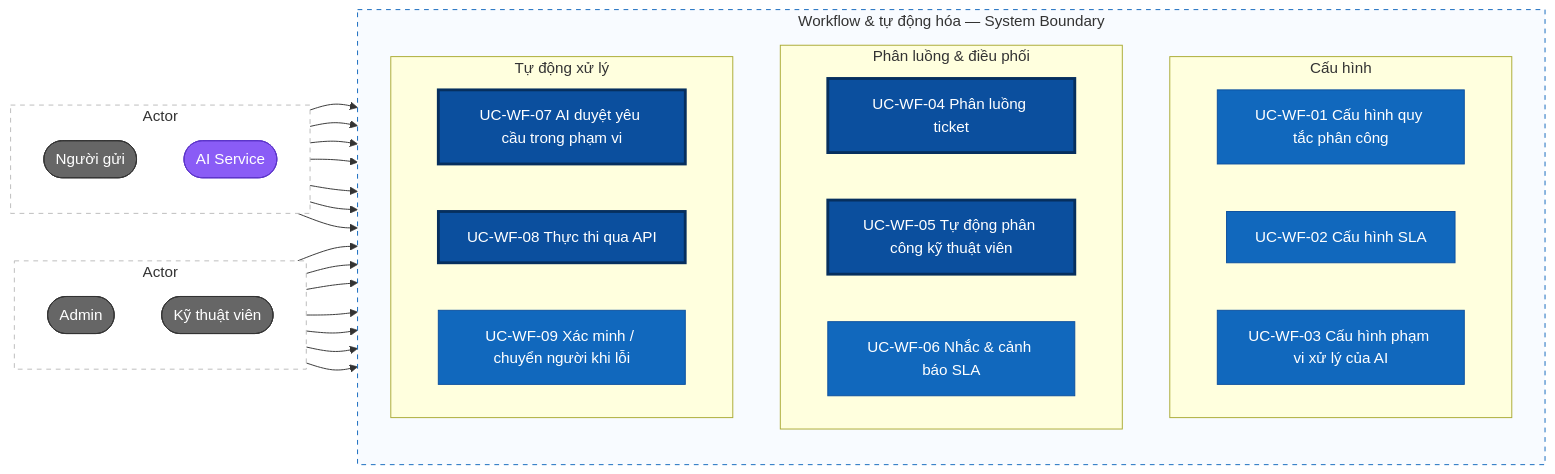
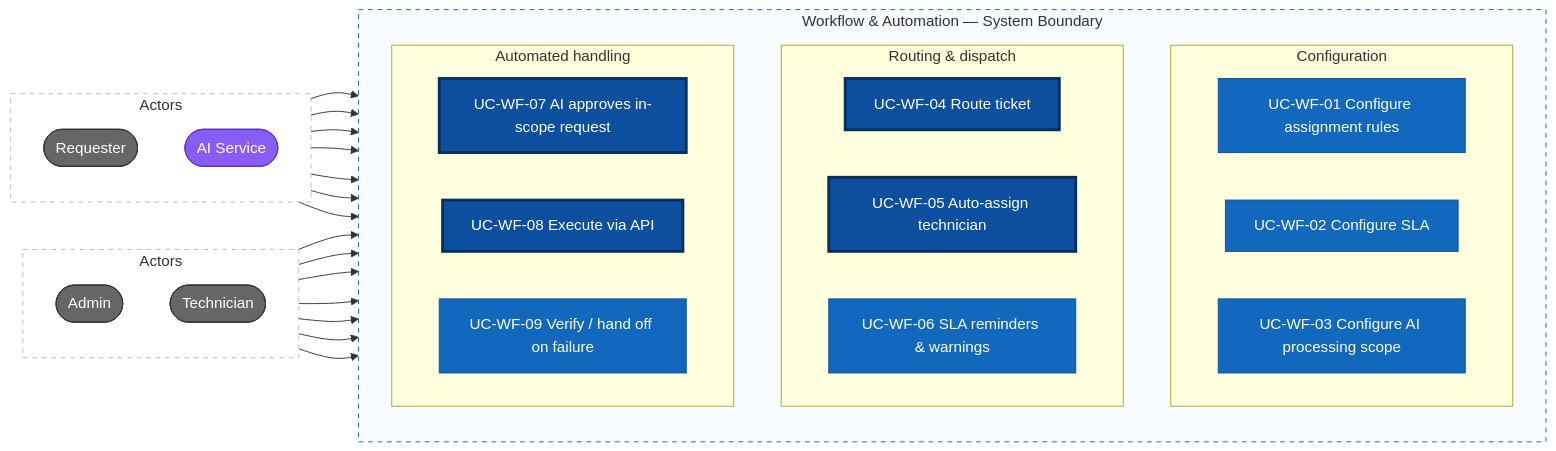
Before and after one commit to Akaza-ban/Fable: the second of 4 diagrams in docs/03-use-cases.md, drawn with Mermaid. The commit also changed other lines of this file and 7 other files, not shown here.

````diff
--- a/docs/03-use-cases.md
+++ b/docs/03-use-cases.md
@@ -86,53 +86,53 @@
 ```mermaid
 flowchart LR
-    subgraph left["Actor"]
+    subgraph left["Actors"]
         direction TB
         admin(["Admin"])
-        tech(["Kỹ thuật viên"])
+        tech(["Technician"])
     end
 
-    subgraph system["Workflow & tự động hóa — System Boundary"]
+    subgraph system["Workflow & Automation — System Boundary"]
         direction TB
-        subgraph config["Cấu hình"]
+        subgraph config["Configuration"]
             direction LR
-            uc01["UC-WF-01 Cấu hình quy tắc phân công"]
-            uc02["UC-WF-02 Cấu hình SLA"]
-            uc03["UC-WF-03 Cấu hình phạm vi xử lý của AI"]
+            uc01["UC-WF-01 Configure assignment rules"]
+            uc02["UC-WF-02 Configure SLA"]
+            uc03["UC-WF-03 Configure AI processing scope"]
         end
-        subgraph routing["Phân luồng & điều phối"]
+        subgraph routing["Routing & dispatch"]
             direction LR
-            uc04["UC-WF-04 Phân luồng ticket"]
-            uc05["UC-WF-05 Tự động phân công kỹ thuật viên"]
-            uc06["UC-WF-06 Nhắc & cảnh báo SLA"]
+            uc04["UC-WF-04 Route ticket"]
+            uc05["UC-WF-05 Auto-assign technician"]
+            uc06["UC-WF-06 SLA reminders & warnings"]
         end
-        subgraph automation["Tự động xử lý"]
+        subgraph automation["Automated handling"]
             direction LR
-            uc07["UC-WF-07 AI duyệt yêu cầu trong phạm vi"]
-            uc08["UC-WF-08 Thực thi qua API"]
-            uc09["UC-WF-09 Xác minh / chuyển người khi lỗi"]
+            uc07["UC-WF-07 AI approves in-scope request"]
+            uc08["UC-WF-08 Execute via API"]
+            uc09["UC-WF-09 Verify / hand off on failure"]
         end
     end
 
-    subgraph right["Actor"]
+    subgraph right["Actors"]
         direction TB
-        requester(["Người gửi"])
+        requester(["Requester"])
         ai(["AI Service"])
     end
 
     admin --> uc01 & uc02 & uc03 & uc05
     tech --> uc05 & uc06 & uc09
     requester --> uc04 & uc06 & uc08 & uc09
     ai --> uc04 & uc05 & uc07
 
     classDef actor fill:#666,color:#fff,stroke:#333
     classDef sysactor fill:#8a5cf6,color:#fff,stroke:#5b34c9
     classDef usecase fill:#1168bd,color:#fff,stroke:#0b4f9e
     classDef core fill:#0b4f9e,color:#fff,stroke:#062f5e,stroke-width:3px
     class admin,tech,requester actor
     class ai sysactor
     class uc01,uc02,uc03,uc06,uc09 usecase
     class uc04,uc05,uc07,uc08 core
     style left fill:#fff,stroke:#bbb,stroke-dasharray:5 5
     style right fill:#fff,stroke:#bbb,stroke-dasharray:5 5
     style system fill:#f8fbff,stroke:#1168bd,stroke-dasharray:5 5
 ```
````
